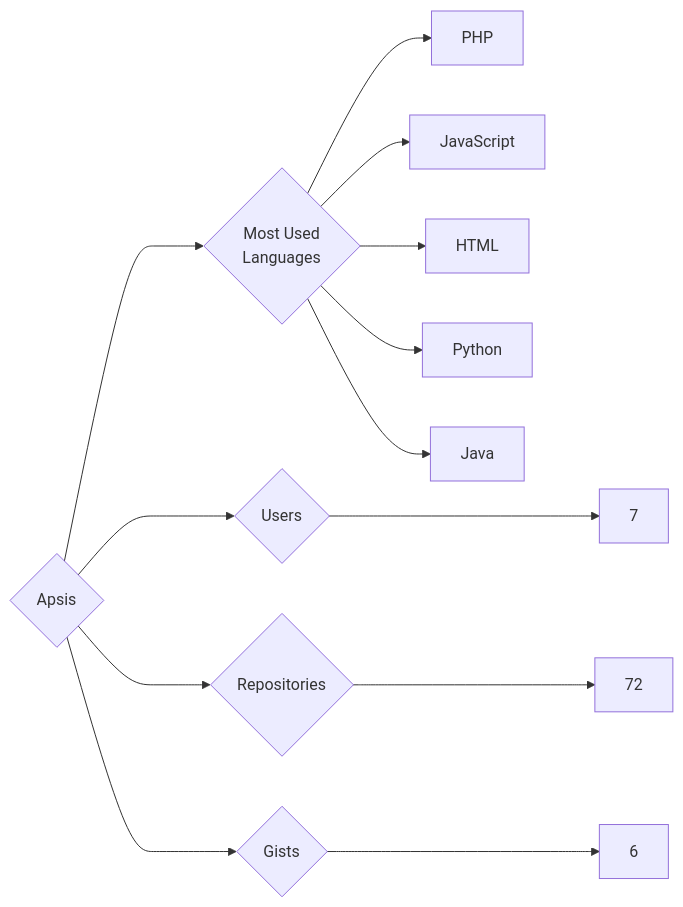
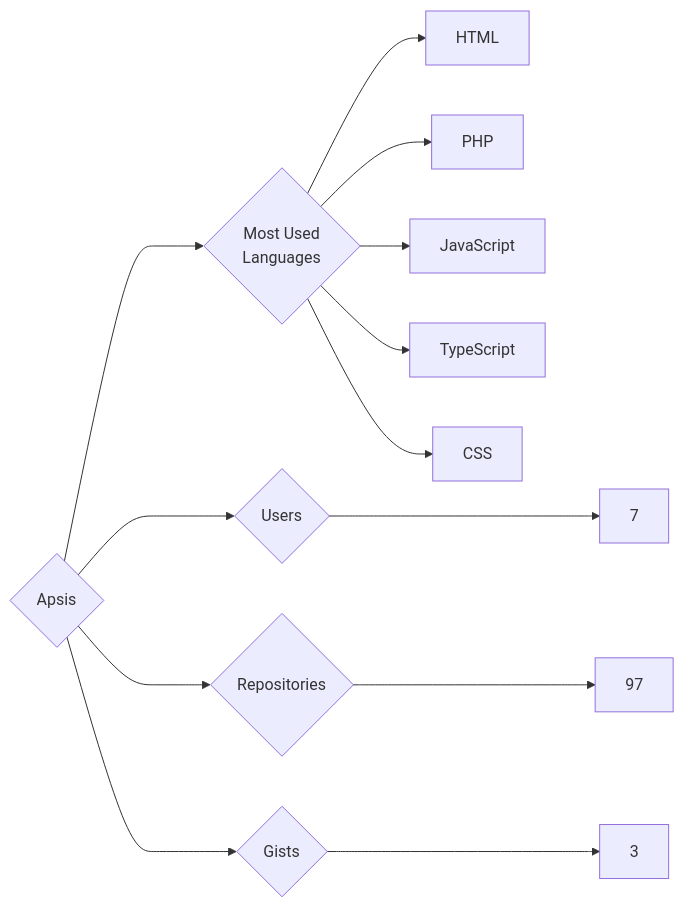
One commit to trickest/insiders changed the diagram in targets/Apsis/README.md. Above: the diagram before and after it, drawn with Mermaid. The commit also changed 1175 other files, not shown here.

````diff
--- a/targets/Apsis/README.md
+++ b/targets/Apsis/README.md
@@ -3,13 +3,13 @@
 ```mermaid
 graph LR
 COMPANY_NAME{Apsis}
 COMPANY_NAME ---> U{Users} ---> UN[7]
-COMPANY_NAME ---> R{Repositories} ---> RN[72]
-COMPANY_NAME ---> G{Gists} ---> GN[6]
+COMPANY_NAME ---> R{Repositories} ---> RN[97]
+COMPANY_NAME ---> G{Gists} ---> GN[3]
 COMPANY_NAME ---> ML{Most Used<br>Languages}
+ML --> HTML[HTML]
 ML --> PHP[PHP]
 ML --> JavaScript[JavaScript]
-ML --> HTML[HTML]
-ML --> Python[Python]
-ML --> Java[Java]
+ML --> TypeScript[TypeScript]
+ML --> CSS[CSS]
 ```
````
